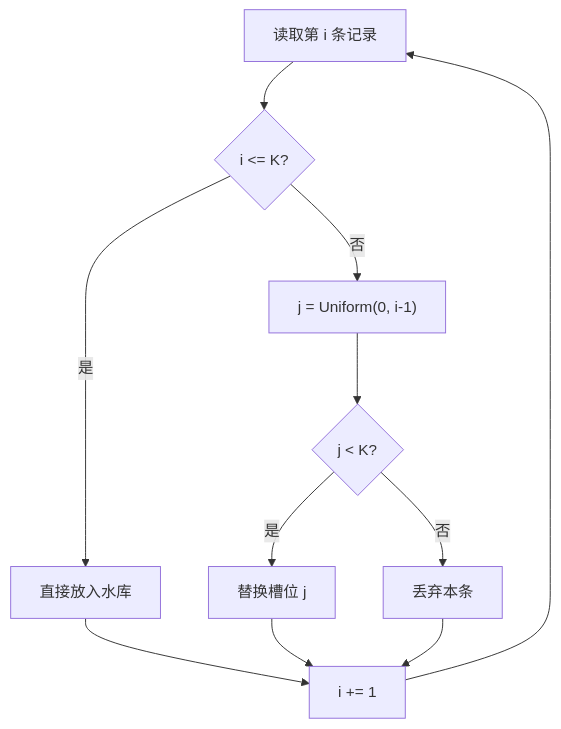
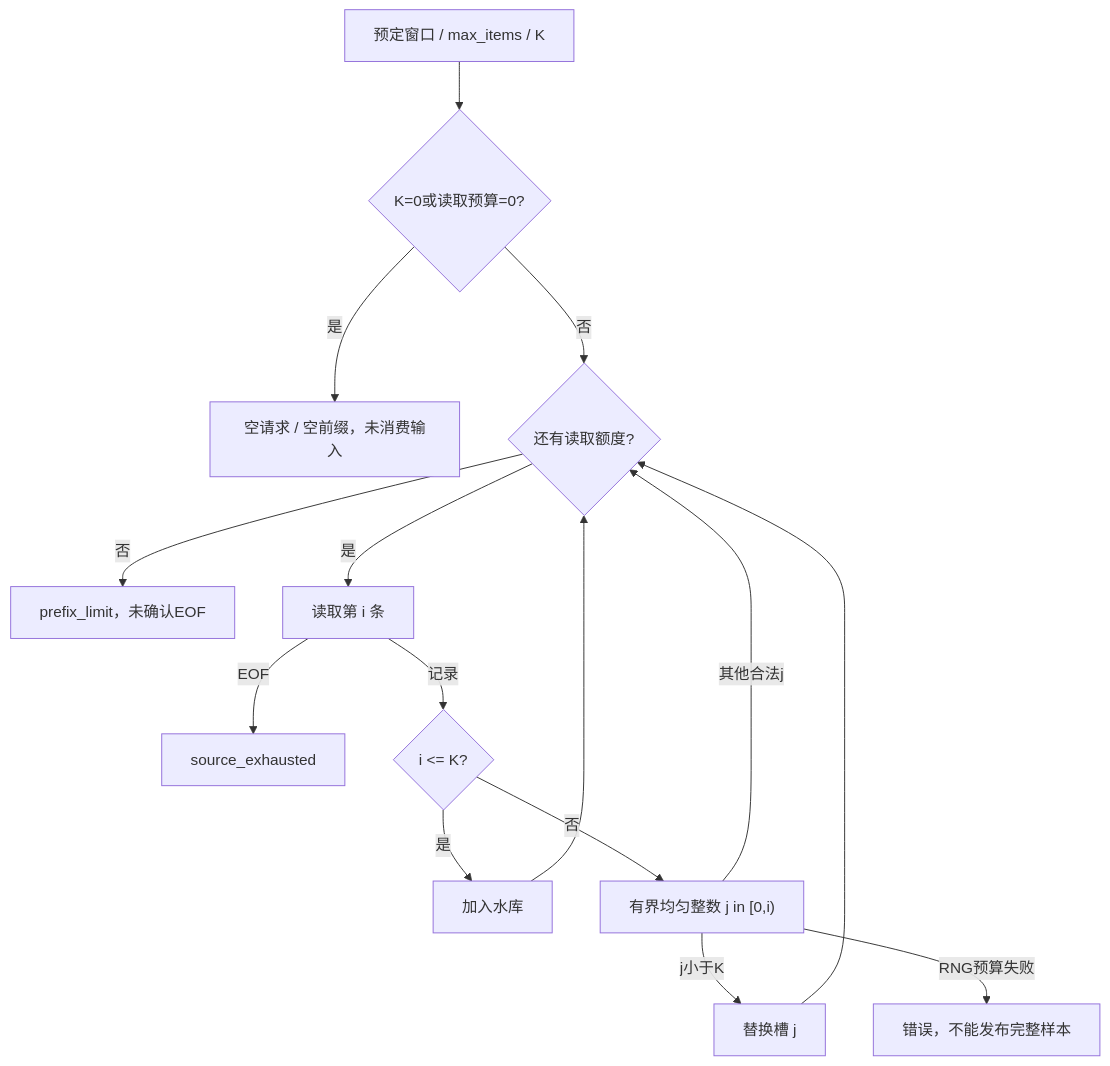
One commit to fantuan812/learning changed the second of 4 diagrams in 知识/02-数学与游戏算法/随机采样与程序化生成/07-概率分布与采样工程.md. Above: the diagram before and after it, drawn with Mermaid. The commit also changed other lines of this file and 1 other file, not shown here.

````diff
--- a/知识/02-数学与游戏算法/随机采样与程序化生成/07-概率分布与采样工程.md
+++ b/知识/02-数学与游戏算法/随机采样与程序化生成/07-概率分布与采样工程.md
@@ -161,13 +228,17 @@
 ```mermaid
 flowchart TD
-    A["读取第 i 条记录"] --> B{"i <= K?"}
-    B -- 是 --> C["直接放入水库"]
-    B -- 否 --> D["j = Uniform(0, i-1)"]
-    D --> E{"j < K?"}
-    E -- 是 --> F["替换槽位 j"]
-    E -- 否 --> G["丢弃本条"]
-    C --> H["i += 1"]
-    F --> H
-    G --> H
-    H --> A
+    A["预定窗口 / max_items / K"] --> B{"K=0或读取预算=0?"}
+    B -- 是 --> Z["空请求 / 空前缀，未消费输入"]
+    B -- 否 --> C{"还有读取额度?"}
+    C -- 否 --> L["prefix_limit，未确认EOF"]
+    C -- 是 --> D["读取第 i 条"]
+    D -- EOF --> E["source_exhausted"]
+    D -- 记录 --> F{"i <= K?"}
+    F -- 是 --> G["加入水库"]
+    F -- 否 --> H["有界均匀整数 j in [0,i)"]
+    H -- j小于K --> I["替换槽 j"]
+    H -- 其他合法j --> C
+    H -- RNG预算失败 --> X["错误，不能发布完整样本"]
+    G --> C
+    I --> C
 ```
````
